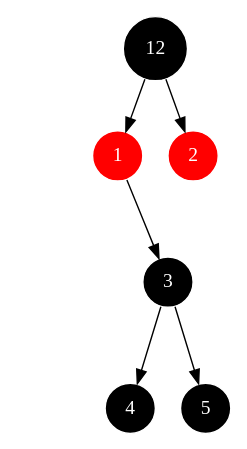
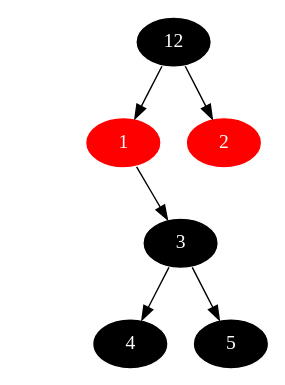
One commit to Jeanhwea/jeanhwea.github.io changed the diagram in article/ds-rbtree.org. Above: the diagram before and after it, drawn with Graphviz. The commit also changed 1 other file, not shown here.

Commit message:
timestamp: 2023-02-22 13:38:36

```diff
--- a/article/ds-rbtree.org
+++ b/article/ds-rbtree.org
@@ -11,20 +11,20 @@
 #+BEGIN_SRC dot :exports results :file ../static/image/2023/0222/122429.png
   digraph {
     graph [ordering="out"];
-    node[shape=circle, style=filled, fontcolor=white, color=white];
+    node[style=filled, fontcolor=white, color=white];
 
     1  [fillcolor=red];
     2  [fillcolor=red];
     3  [fillcolor=black];
     4  [fillcolor=black];
     5  [fillcolor=black];
     12 [fillcolor=black];
 
     12 -> 1;
     12 -> 2;
     1 -> blank[style=invis];
     1 -> 3;
     3 -> 4;
     3 -> 5;
   }
 #+END_SRC
```
